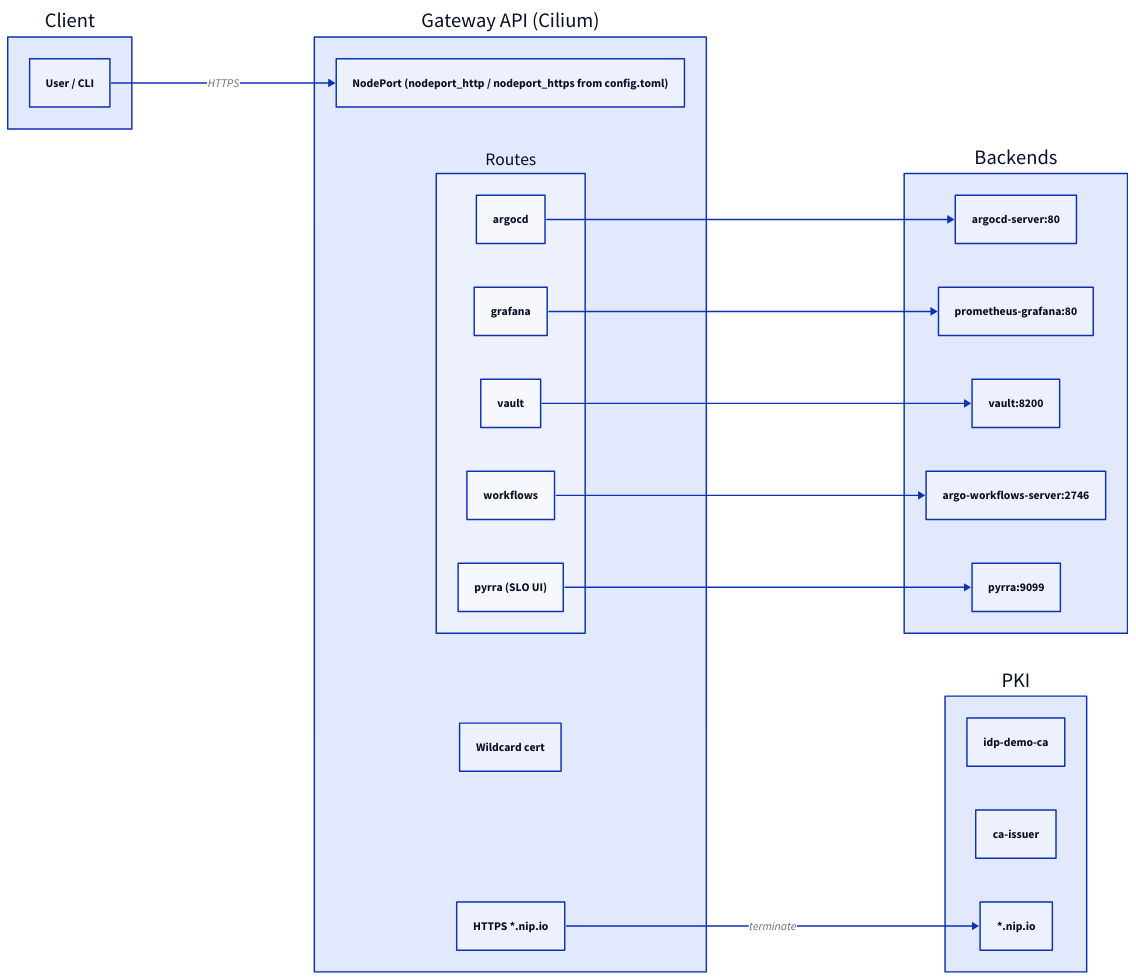
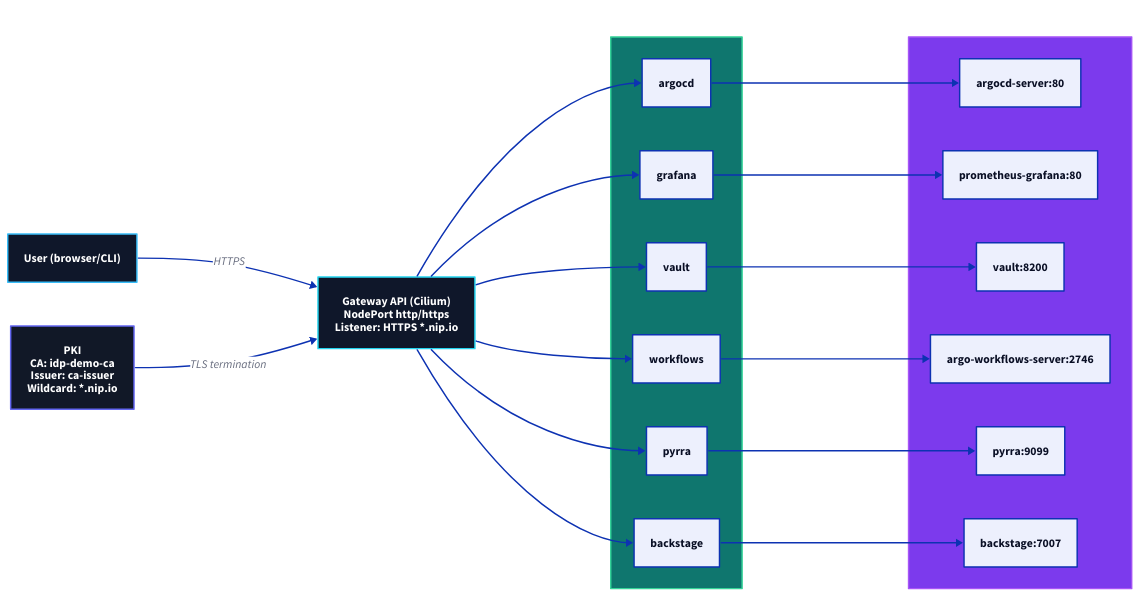
The diagram in Docs/concepts/networking-gateway.md (rou-cru/idp-blueprint), drawn with D2 before and after one commit. The commit also changed 22 other files, not shown here.

````diff
--- a/Docs/concepts/networking-gateway.md
+++ b/Docs/concepts/networking-gateway.md
@@ -7,43 +7,55 @@
 ```d2
 direction: right
 
-Client: {
-  Browser: "User / CLI"
+classes: { actor: { style.fill: "#0f172a"; style.stroke: "#38bdf8"; style.font-color: white }
+           gateway: { style.fill: "#0f172a"; style.stroke: "#22d3ee"; style.font-color: white }
+           route: { style.fill: "#0f766e"; style.stroke: "#34d399"; style.font-color: white }
+           backend: { style.fill: "#7c3aed"; style.stroke: "#a855f7"; style.font-color: white }
+           pki: { style.fill: "#111827"; style.stroke: "#6366f1"; style.font-color: white } }
+
+Client: { class: actor; label: "User (browser/CLI)" }
+
+Gateway: {
+  class: gateway
+  label: "Gateway API (Cilium)\nNodePort http/https\nListener: HTTPS *.nip.io"
 }
 
-Gateway: {
-  label: "Gateway API (Cilium)"
-  SVC: "NodePort (nodeport_http / nodeport_https from config.toml)"
-  Listener: "HTTPS *.nip.io"
-  TLS: "Wildcard cert"
-  Routes: {
-    argocd: "argocd"
-    grafana: "grafana"
-    vault: "vault"
-    workflows: "workflows"
-    pyrra: "pyrra (SLO UI)"
-  }
+Routes: {
+  class: route
+  Argo: "argocd"
+  Grafana: "grafana"
+  Vault: "vault"
+  Workflows: "workflows"
+  Pyrra: "pyrra"
+  Backstage: "backstage"
 }
 
 Backends: {
-  argocd: "argocd-server:80"
-  grafana: "prometheus-grafana:80"
-  vault: "vault:8200"
-  workflows: "argo-workflows-server:2746"
-  pyrra: "pyrra:9099"
+  class: backend
+  A: "argocd-server:80"
+  G: "prometheus-grafana:80"
+  V: "vault:8200"
+  W: "argo-workflows-server:2746"
+  P: "pyrra:9099"
+  B: "backstage:7007"
 }
 
-PKI: {
-  CA: "idp-demo-ca"
-  Issuer: "ca-issuer"
-  Wildcard: "*.nip.io"
-}
+PKI: { class: pki; label: "PKI\nCA: idp-demo-ca\nIssuer: ca-issuer\nWildcard: *.nip.io" }
 
-Client.Browser -> Gateway.SVC: HTTPS
-Gateway.Listener -> PKI.Wildcard: terminate
-Gateway.Routes.argocd -> Backends.argocd
-Gateway.Routes.grafana -> Backends.grafana
-Gateway.Routes.vault -> Backends.vault
-Gateway.Routes.workflows -> Backends.workflows
-Gateway.Routes.pyrra -> Backends.pyrra
+Client -> Gateway: HTTPS
+Gateway -> Routes.Argo
+Gateway -> Routes.Grafana
+Gateway -> Routes.Vault
+Gateway -> Routes.Workflows
+Gateway -> Routes.Pyrra
+Gateway -> Routes.Backstage
+
+Routes.Argo -> Backends.A
+Routes.Grafana -> Backends.G
+Routes.Vault -> Backends.V
+Routes.Workflows -> Backends.W
+Routes.Pyrra -> Backends.P
+Routes.Backstage -> Backends.B
+
+PKI -> Gateway: "TLS termination"
 ```
````
